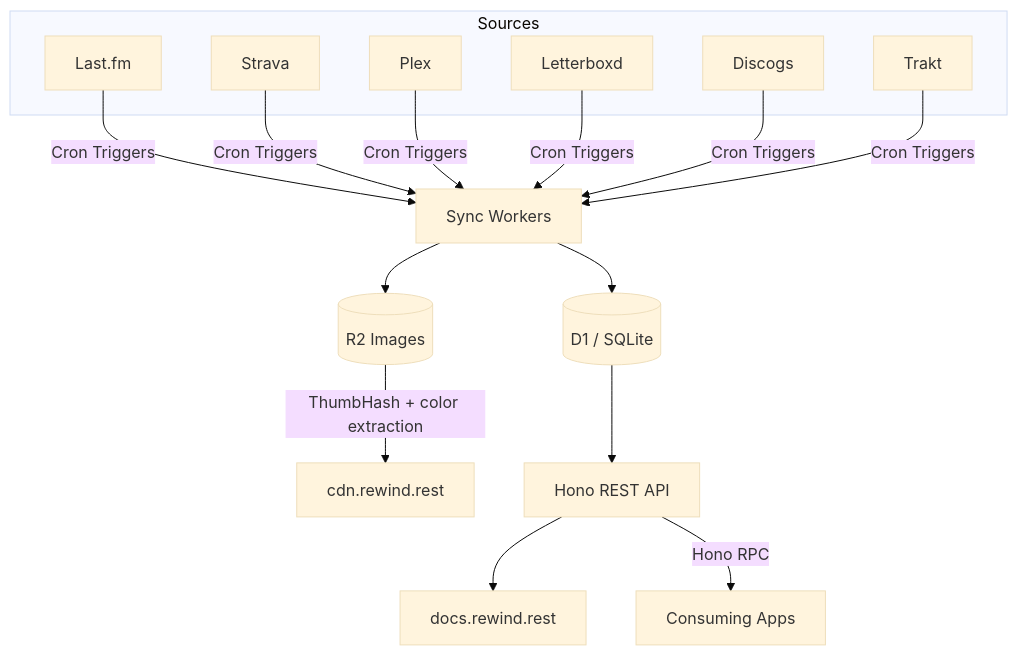
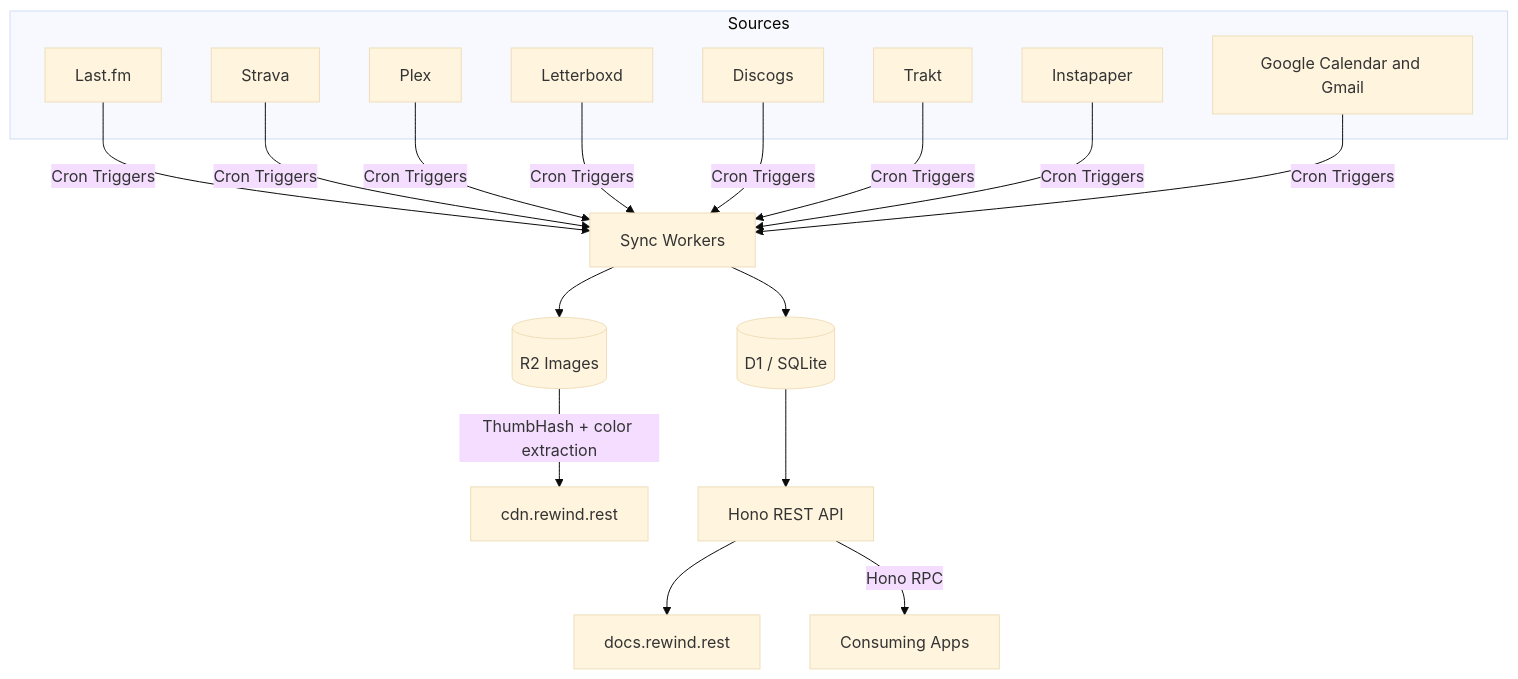
One commit to pdugan20/rewind changed the diagram in docs/ARCHITECTURE.md. Above: the diagram before and after it, drawn with Mermaid (base theme). The commit also changed other lines of this file and 47 other files, not shown here.

````diff
--- a/docs/ARCHITECTURE.md
+++ b/docs/ARCHITECTURE.md
@@ -3,19 +3,21 @@
 ```mermaid
 graph TD
     subgraph Sources
         LF[Last.fm]
         ST[Strava]
         PX[Plex]
         LB[Letterboxd]
         DC[Discogs]
         TR[Trakt]
+        IP[Instapaper]
+        GC[Google Calendar and Gmail]
     end
 
-    LF & ST & PX & LB & DC & TR -->|Cron Triggers| SW[Sync Workers]
+    LF & ST & PX & LB & DC & TR & IP & GC -->|Cron Triggers| SW[Sync Workers]
     SW --> D1[(D1 / SQLite)]
     SW --> R2[(R2 Images)]
     R2 -->|ThumbHash + color extraction| CDN[cdn.rewind.rest]
     D1 --> API[Hono REST API]
     API --> DOCS[docs.rewind.rest]
     API -->|Hono RPC| SITE[Consuming Apps]
 ```
````
